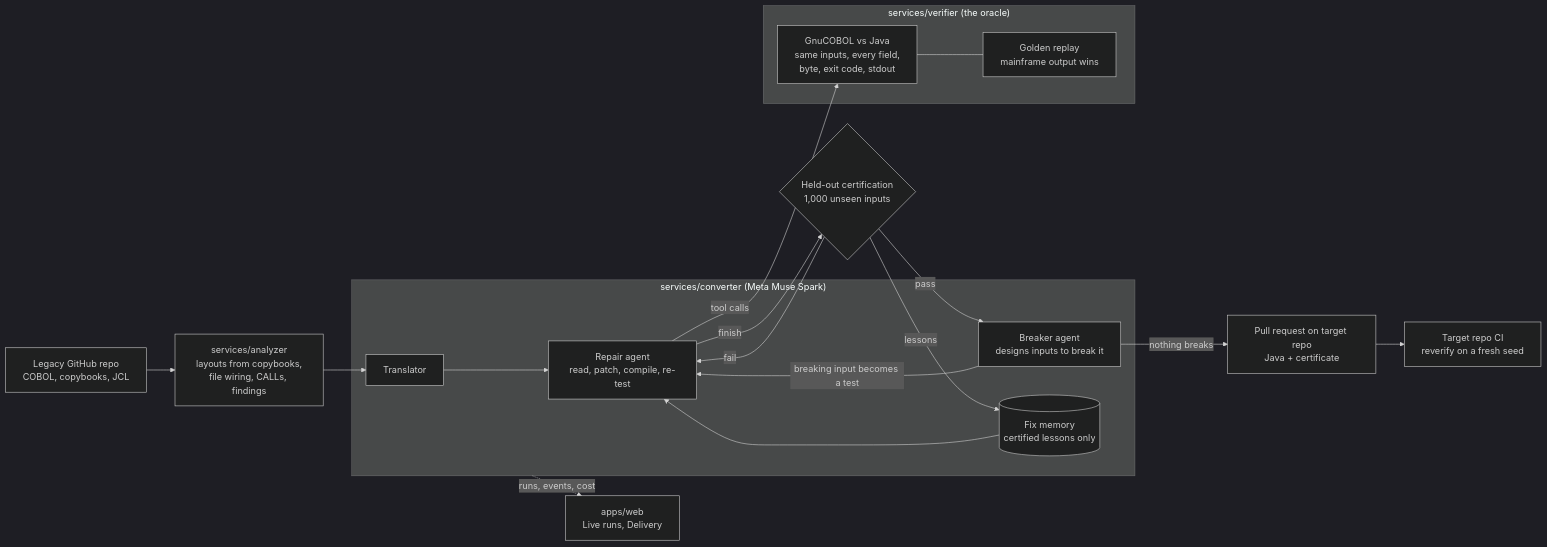
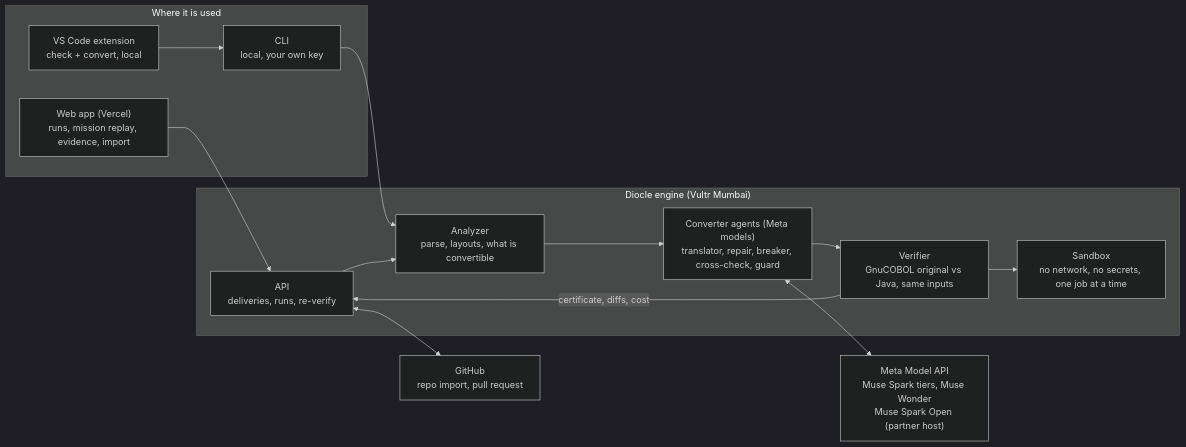
One commit to Nivetha200111/Diocle changed the diagram in docs/ARCHITECTURE.md. Above: the diagram before and after it, drawn with Mermaid (dark theme). The commit also changed other lines of this file, not shown here.

Commit message:
Docs: simple architecture map (ARCHITECTURE.md)

````diff
--- a/docs/ARCHITECTURE.md
+++ b/docs/ARCHITECTURE.md
@@ -7,33 +5,28 @@
 ```mermaid
 flowchart LR
-    REPO["Legacy GitHub repo<br/>COBOL, copybooks, JCL"]
-    ANA["services/analyzer<br/>layouts from copybooks,<br/>file wiring, CALLs, findings"]
+  subgraph You["Where it is used"]
+    W["Web app (Vercel)<br/>runs, mission replay, evidence, import"]
+    E["VS Code extension<br/>check + convert, local"]
+    C["CLI<br/>local, your own key"]
+  end
 
-    subgraph CONV["services/converter (Meta Muse Spark)"]
-        TR["Translator"]
-        AGENT["Repair agent<br/>read, patch, compile, re-test"]
-        BRK["Breaker agent<br/>designs inputs to break it"]
-        MEM[("Fix memory<br/>certified lessons only")]
-    end
+  subgraph Engine["Diocle engine (Vultr Mumbai)"]
+    API["API<br/>deliveries, runs, re-verify"]
+    AN["Analyzer<br/>parse, layouts, what is convertible"]
+    CV["Converter agents (Meta models)<br/>translator, repair, breaker, cross-check, guard"]
+    VF["Verifier<br/>GnuCOBOL original vs Java, same inputs"]
+    SB["Sandbox<br/>no network, no secrets, one job at a time"]
+  end
 
-    subgraph VER["services/verifier (the oracle)"]
-        RUN["GnuCOBOL vs Java<br/>same inputs, every field,<br/>byte, exit code, stdout"]
-        GOLD["Golden replay<br/>mainframe output wins"]
-    end
+  M["Meta Model API<br/>Muse Spark tiers, Muse Wonder<br/>Muse Spark Open (partner host)"]
+  G["GitHub<br/>repo import, pull request"]
 
-    CERT{"Held-out certification<br/>1,000 unseen inputs"}
-    PR["Pull request on target repo<br/>Java + certificate"]
-    CI["Target repo CI<br/>reverify on a fresh seed"]
-    UI["apps/web<br/>Live runs, Delivery"]
-
-    REPO --> ANA --> TR --> AGENT
-    AGENT -- "tool calls" --> RUN
-    RUN --- GOLD
-    AGENT -- "finish" --> CERT
-    CERT -- "fail" --> AGENT
-    CERT -- "pass" --> BRK
-    BRK -- "breaking input becomes a test" --> AGENT
-    CERT -- "lessons" --> MEM --> AGENT
-    BRK -- "nothing breaks" --> PR --> CI
-    CONV -. "runs, events, cost" .-> UI
+  W --> API
+  E --> C
+  C --> AN
+  API --> AN --> CV
+  CV <--> M
+  CV --> VF --> SB
+  VF -- "certificate, diffs, cost" --> API
+  API <--> G
 ```
````
